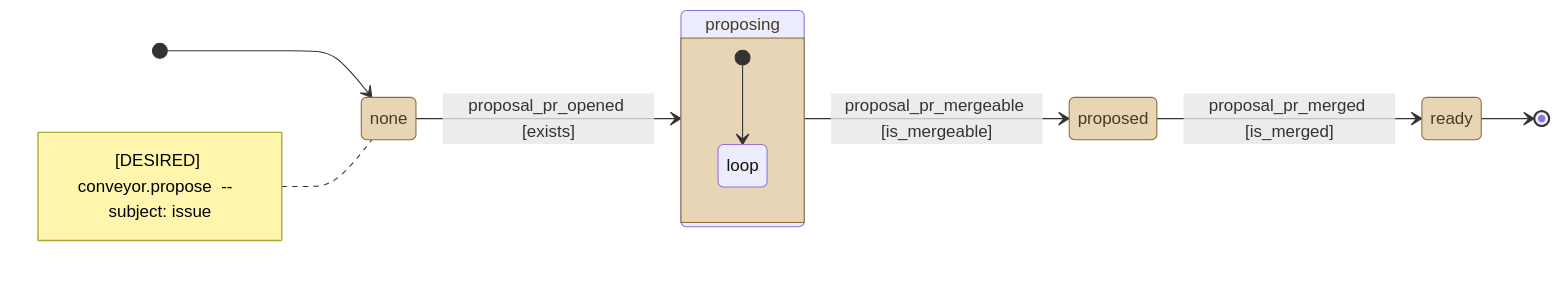
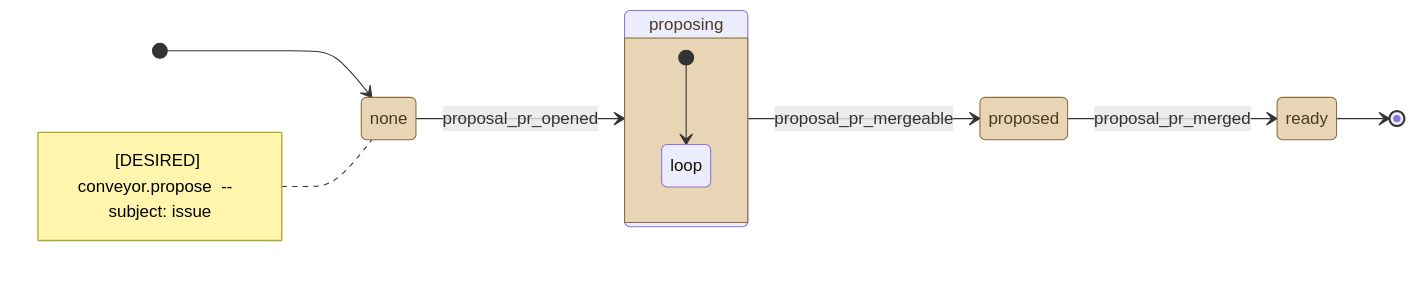
One commit to kostiantyn-matsebora/agent-ops-operator changed the diagram in .github/conveyor-model/mermaid/desired/conveyor_propose.mmd. Above: the diagram before and after it, drawn with Mermaid. The commit also changed 1 other file, not shown here.

```diff
--- a/.github/conveyor-model/mermaid/desired/conveyor_propose.mmd
+++ b/.github/conveyor-model/mermaid/desired/conveyor_propose.mmd
@@ -1,21 +1,21 @@
 stateDiagram-v2
     direction LR
     [*] --> none
     note left of none
         [DESIRED] conveyor.propose  --  subject: issue
     end note
     classDef stationState fill:#e8d5b5,stroke:#8a6d3b,color:#4a3b1f
     classDef loopState fill:#c9e4de,stroke:#2f6b5e,color:#1a3b33
     state none
     state proposing
     state proposed
     state ready
-    none --> proposing : proposal_pr_opened [exists]
-    proposing --> proposed : proposal_pr_mergeable [is_mergeable]
-    proposed --> ready : proposal_pr_merged [is_merged]
+    none --> proposing : proposal_pr_opened
+    proposing --> proposed : proposal_pr_mergeable
+    proposed --> ready : proposal_pr_merged
     ready --> [*]
     class none, proposing, proposed, ready stationState
     state proposing {
         [*] --> loop
         state "loop" as loop
     }
```
